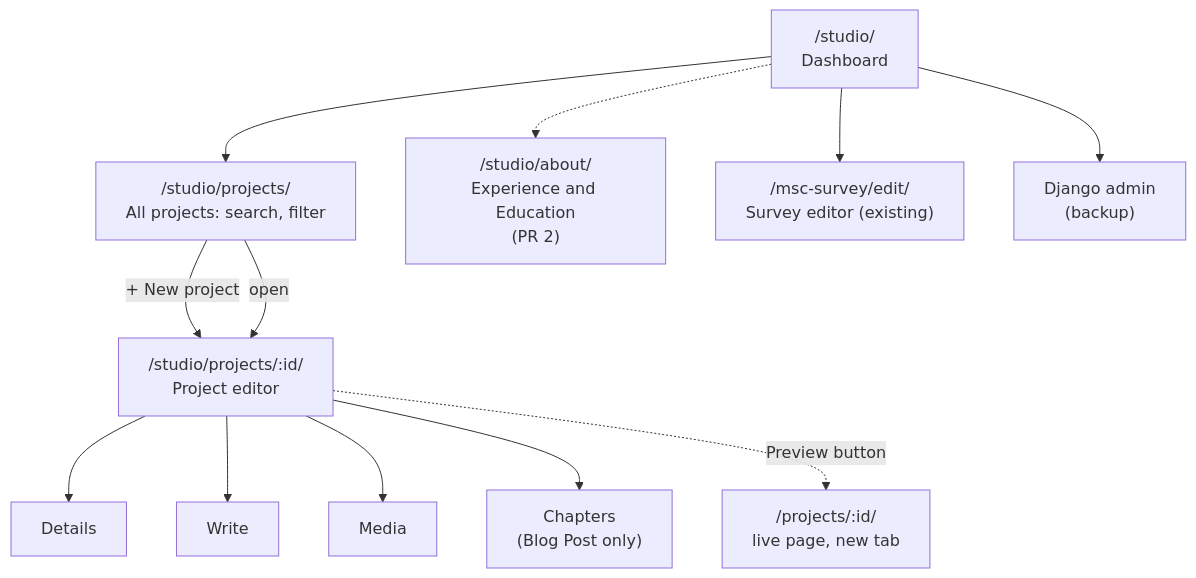
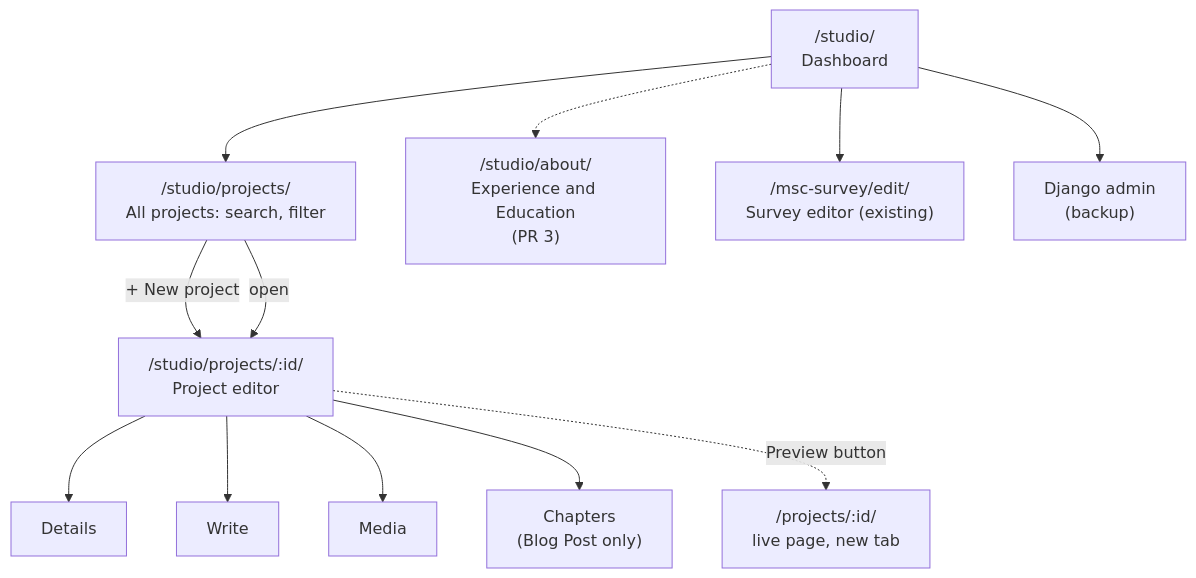
Before and after one commit to adhenzmiranda/am-portfolio-website: the first of 3 diagrams in docs/STUDIO_ARCHITECTURE.md, drawn with Mermaid. The commit also changed other lines of this file and 9 other files, not shown here.

````diff
--- a/docs/STUDIO_ARCHITECTURE.md
+++ b/docs/STUDIO_ARCHITECTURE.md
@@ -31,14 +31,14 @@
 ```mermaid
 flowchart TD
     D["/studio/<br/>Dashboard"] --> P["/studio/projects/<br/>All projects: search, filter"]
-    D -.-> A["/studio/about/<br/>Experience and Education<br/>(PR 2)"]
+    D -.-> A["/studio/about/<br/>Experience and Education<br/>(PR 3)"]
     D --> S["/msc-survey/edit/<br/>Survey editor (existing)"]
     D --> X["Django admin<br/>(backup)"]
     P -->|"+ New project"| E
     P -->|open| E["/studio/projects/:id/<br/>Project editor"]
     E --> T1["Details"]
     E --> T2["Write"]
     E --> T3["Media"]
     E --> T4["Chapters<br/>(Blog Post only)"]
     E -.->|Preview button| L["/projects/:id/<br/>live page, new tab"]
 ```
````
